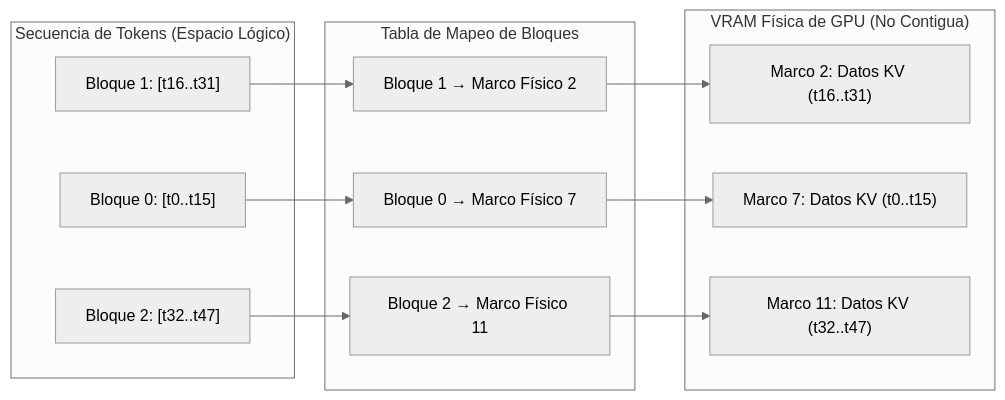
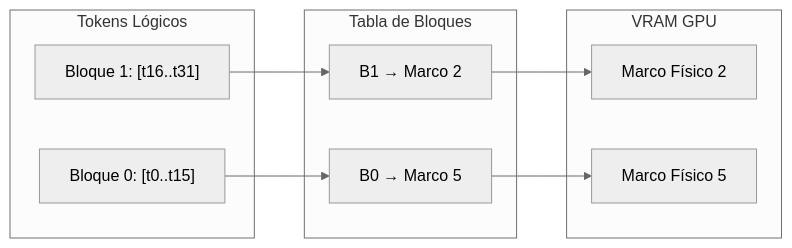
The diagram in src/modulos/ia/hardware-gpu-inferencia.md (ruichislab/web), drawn with Mermaid (neutral theme) before and after one commit. The commit also changed other lines of this file, not shown here.

````diff
--- a/src/modulos/ia/hardware-gpu-inferencia.md
+++ b/src/modulos/ia/hardware-gpu-inferencia.md
@@ -68,24 +58,17 @@
 ```mermaid
 flowchart LR
-    subgraph Memoria_Logica["Secuencia de Tokens (Espacio Lógico)"]
+    subgraph Logica["Tokens Lógicos"]
         L0["Bloque 0: [t0..t15]"]
         L1["Bloque 1: [t16..t31]"]
-        L2["Bloque 2: [t32..t47]"]
     end
-
-    subgraph Block_Table["Tabla de Mapeo de Bloques"]
-        T0["Bloque 0 → Marco Físico 7"]
-        T1["Bloque 1 → Marco Físico 2"]
-        T2["Bloque 2 → Marco Físico 11"]
+    subgraph Tabla["Tabla de Bloques"]
+        T0["B0 → Marco 5"]
+        T1["B1 → Marco 2"]
     end
-
-    subgraph Memoria_Fisica["VRAM Física de GPU (No Contigua)"]
-        F2["Marco 2: Datos KV (t16..t31)"]
-        F7["Marco 7: Datos KV (t0..t15)"]
-        F11["Marco 11: Datos KV (t32..t47)"]
+    subgraph Fisica["VRAM GPU"]
+        F2["Marco Físico 2"]
+        F5["Marco Físico 5"]
     end
-
-    L0 --> T0 --> F7
+    L0 --> T0 --> F5
     L1 --> T1 --> F2
-    L2 --> T2 --> F11
 ```
````
